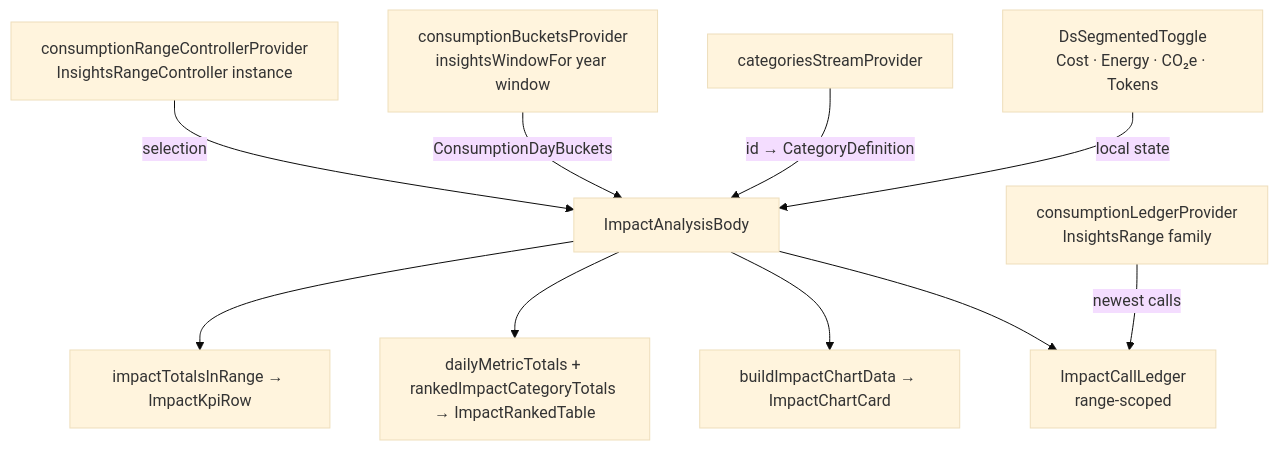
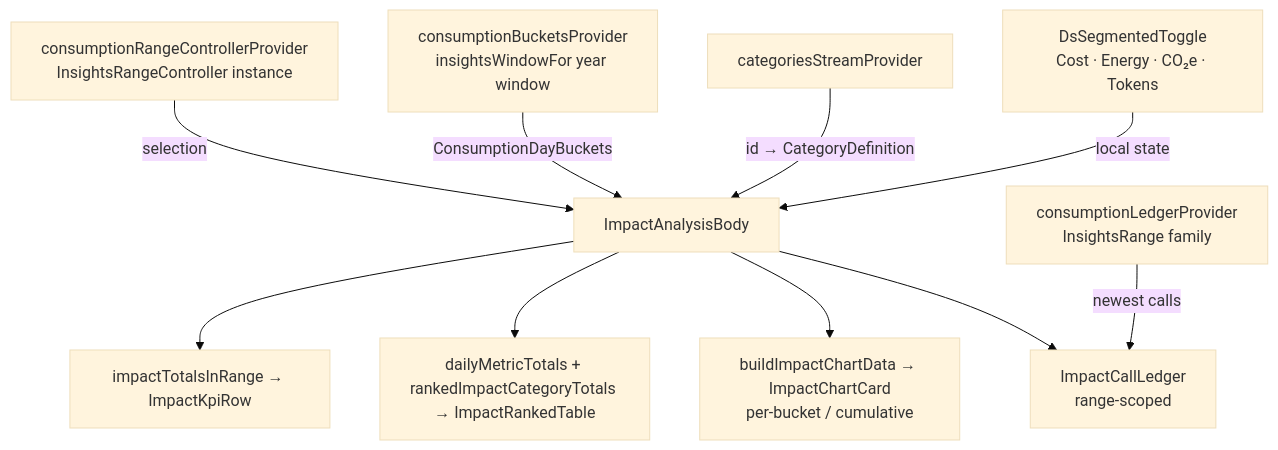
The third of 3 diagrams in lib/features/ai_consumption/README.md (matthiasn/lotti), drawn with Mermaid (base theme) before and after one commit. The commit also changed other lines of this file and 27 other files, not shown here.

````diff
--- a/lib/features/ai_consumption/README.md
+++ b/lib/features/ai_consumption/README.md
@@ -147,12 +147,12 @@
 ```mermaid
 flowchart TD
   RC[consumptionRangeControllerProvider<br/>InsightsRangeController instance] -->|selection| Body[ImpactAnalysisBody]
   BP[consumptionBucketsProvider<br/>insightsWindowFor year window] -->|ConsumptionDayBuckets| Body
   Cat[categoriesStreamProvider] -->|id → CategoryDefinition| Body
   Body --> D1[impactTotalsInRange → ImpactKpiRow]
   Body --> D2[dailyMetricTotals + rankedImpactCategoryTotals → ImpactRankedTable]
-  Body --> D3[buildImpactChartData → ImpactChartCard]
+  Body --> D3[buildImpactChartData → ImpactChartCard<br/>per-bucket / cumulative]
   Body --> D4[ImpactCallLedger<br/>range-scoped]
   LP[consumptionLedgerProvider<br/>InsightsRange family] -->|newest calls| D4
   Toggle[DsSegmentedToggle<br/>Cost · Energy · CO₂e · Tokens] -->|local state| Body
 ```
````
